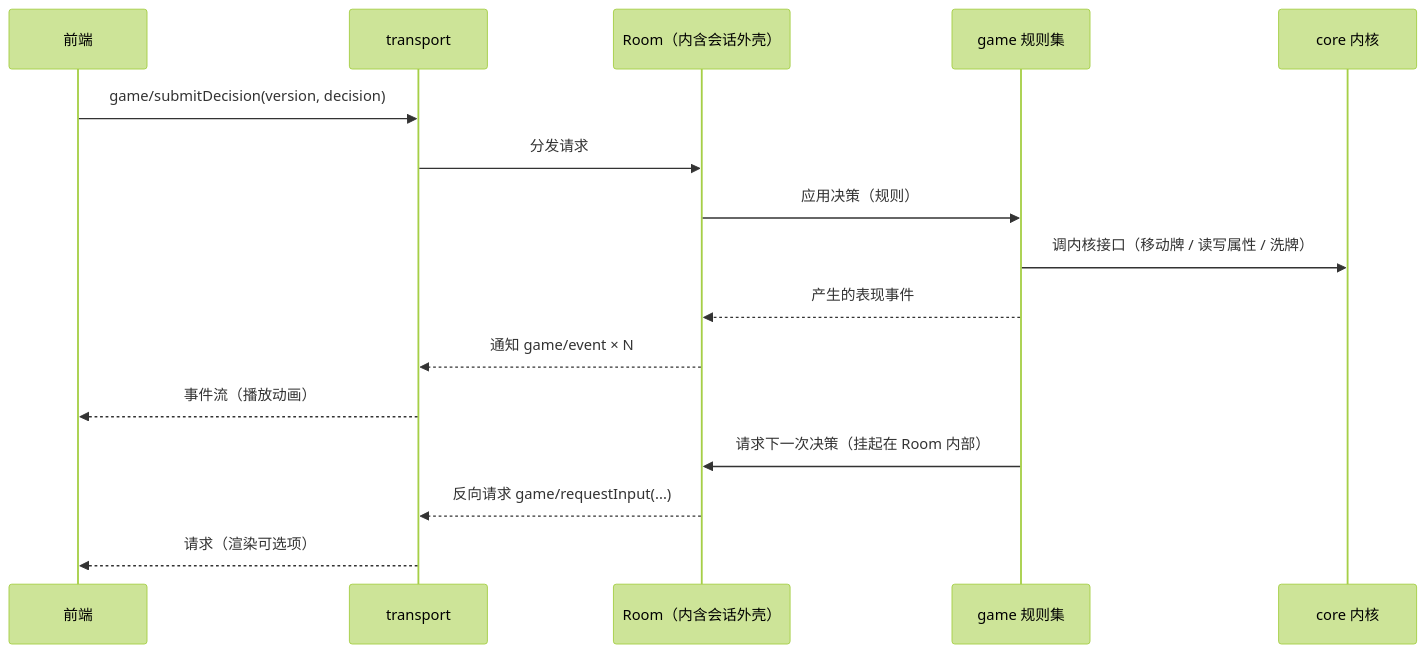
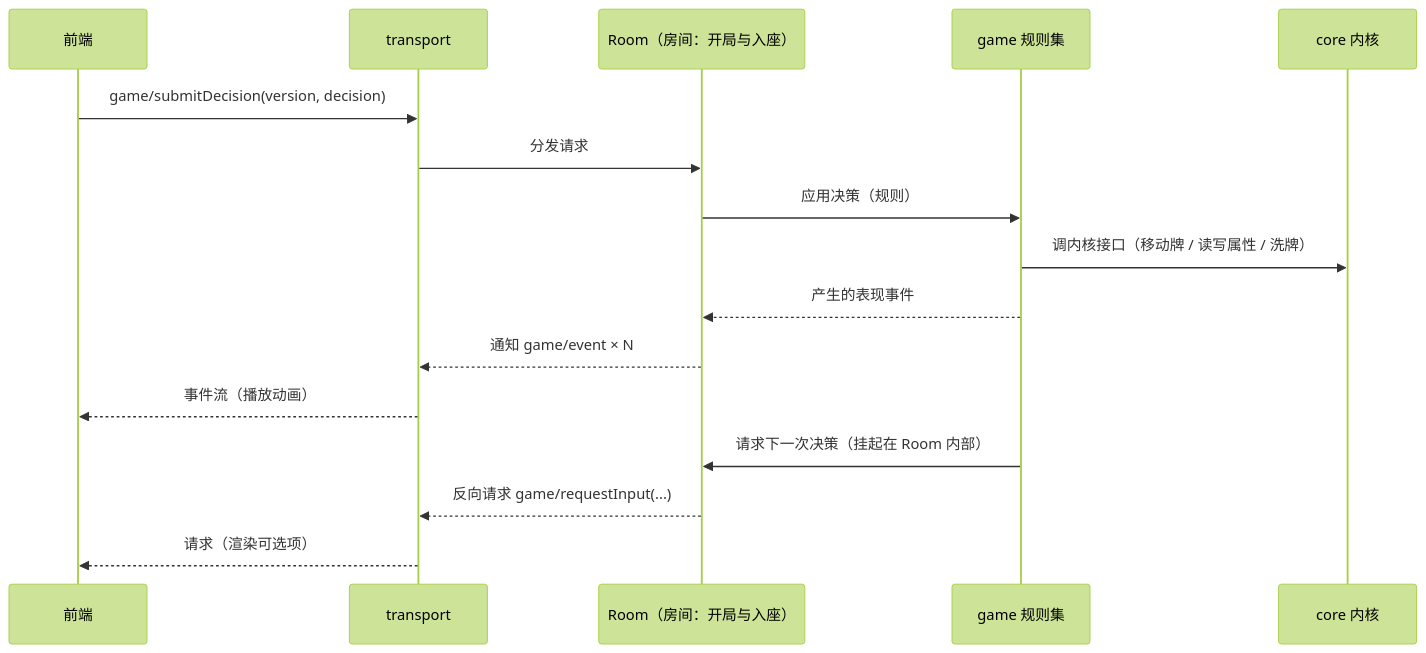
One commit to sumneko/moe-kill changed the diagram in .agents/skills/moe-kill-dev/references/architecture.md. Above: the diagram before and after it, drawn with Mermaid (forest theme). The commit also changed other lines of this file and 29 other files, not shown here.

````diff
--- a/.agents/skills/moe-kill-dev/references/architecture.md
+++ b/.agents/skills/moe-kill-dev/references/architecture.md
@@ -73,19 +73,19 @@
 ```mermaid
 sequenceDiagram
     participant FE as 前端
     participant TR as transport
-    participant RM as Room（内含会话外壳）
+    participant RM as Room（房间：开局与入座）
     participant G as game 规则集
     participant C as core 内核
 
     FE->>TR: game/submitDecision(version, decision)
     TR->>RM: 分发请求
     RM->>G: 应用决策（规则）
     G->>C: 调内核接口（移动牌 / 读写属性 / 洗牌）
     G-->>RM: 产生的表现事件
     RM-->>TR: 通知 game/event × N
     TR-->>FE: 事件流（播放动画）
     G->>RM: 请求下一次决策（挂起在 Room 内部）
     RM-->>TR: 反向请求 game/requestInput(...)
     TR-->>FE: 请求（渲染可选项）
 ```
````
